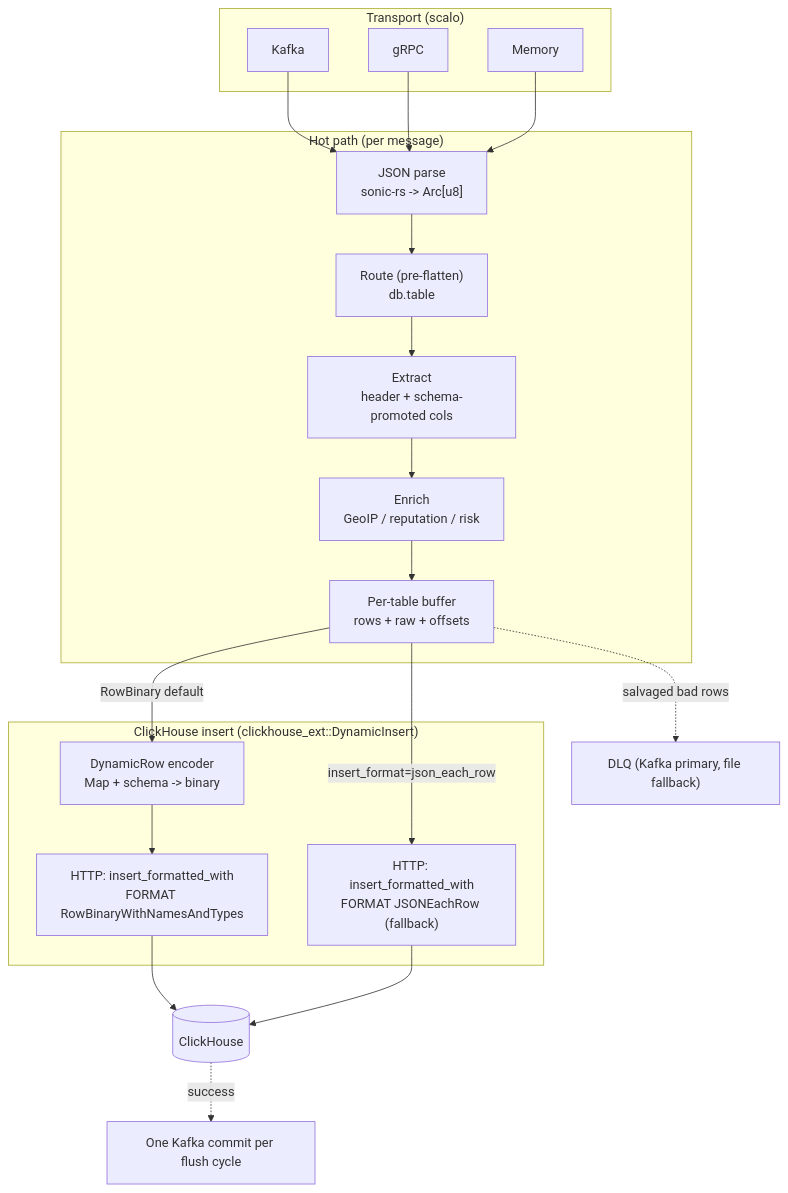
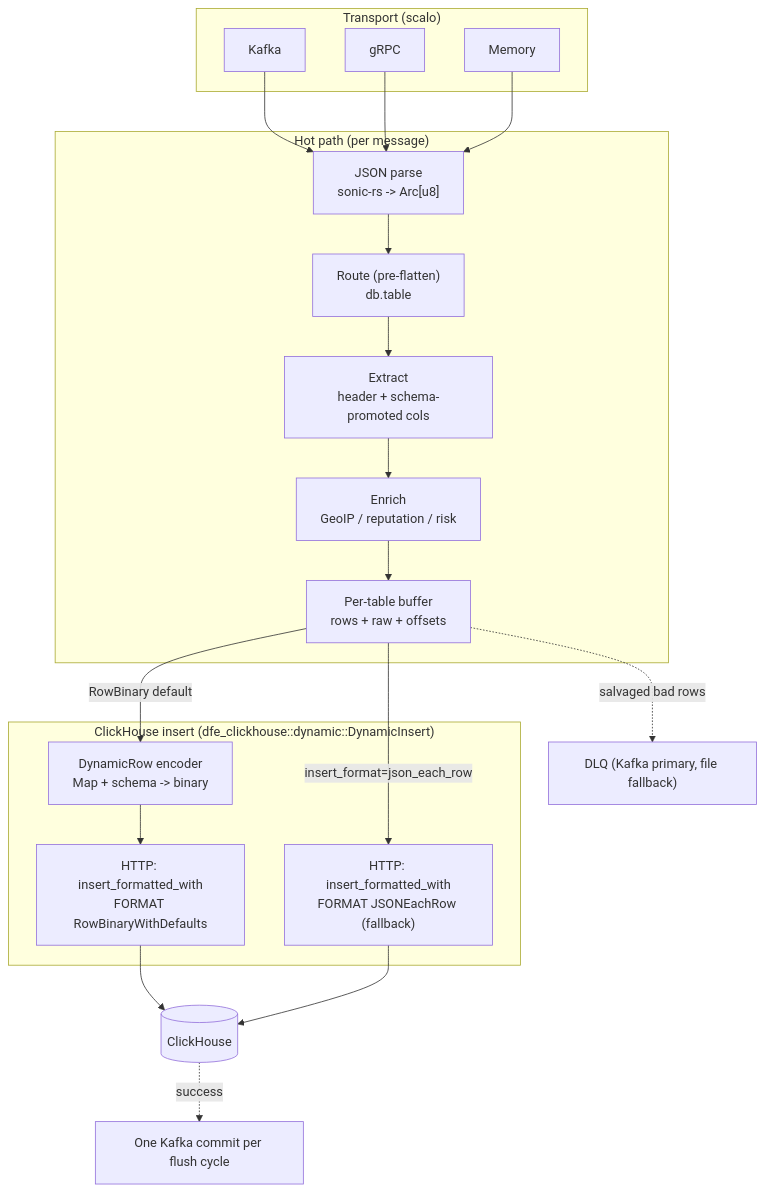
One commit to hyperi-io/dfe-loader changed the diagram in docs/README.md. Above: the diagram before and after it, drawn with Mermaid. The commit also changed other lines of this file and 69 other files, not shown here.

Commit message:
fix(insert): replace copy with dfe-clickhouse's dynamic insert (#303)

````diff
--- a/docs/README.md
+++ b/docs/README.md
@@ -42,32 +42,32 @@
 ```mermaid
 flowchart TB
     subgraph Ingress["Transport (scalo)"]
         K["Kafka"]
         G["gRPC"]
         M["Memory"]
     end
 
     subgraph Hot["Hot path (per message)"]
         P["JSON parse<br/>sonic-rs -> Arc[u8]"]
         R["Route (pre-flatten)<br/>db.table"]
         X["Extract<br/>header + schema-promoted cols"]
         E["Enrich<br/>GeoIP / reputation / risk"]
         B["Per-table buffer<br/>rows + raw + offsets"]
     end
 
-    subgraph Sink["ClickHouse insert (clickhouse_ext::DynamicInsert)"]
+    subgraph Sink["ClickHouse insert (dfe_clickhouse::dynamic::DynamicInsert)"]
         CE["DynamicRow encoder<br/>Map + schema -> binary"]
-        HTTP["HTTP: insert_formatted_with<br/>FORMAT RowBinaryWithNamesAndTypes"]
+        HTTP["HTTP: insert_formatted_with<br/>FORMAT RowBinaryWithDefaults"]
         JF["HTTP: insert_formatted_with<br/>FORMAT JSONEachRow (fallback)"]
     end
 
     CH[("ClickHouse")]
     DLQ["DLQ (Kafka primary, file fallback)"]
 
     K & G & M --> P --> R --> X --> E --> B
     B -->|RowBinary default| CE
     CE --> HTTP --> CH
     B -->|insert_format=json_each_row| JF --> CH
     B -.salvaged bad rows.-> DLQ
     CH -.success.-> Commit["One Kafka commit per flush cycle"]
 ```
````
